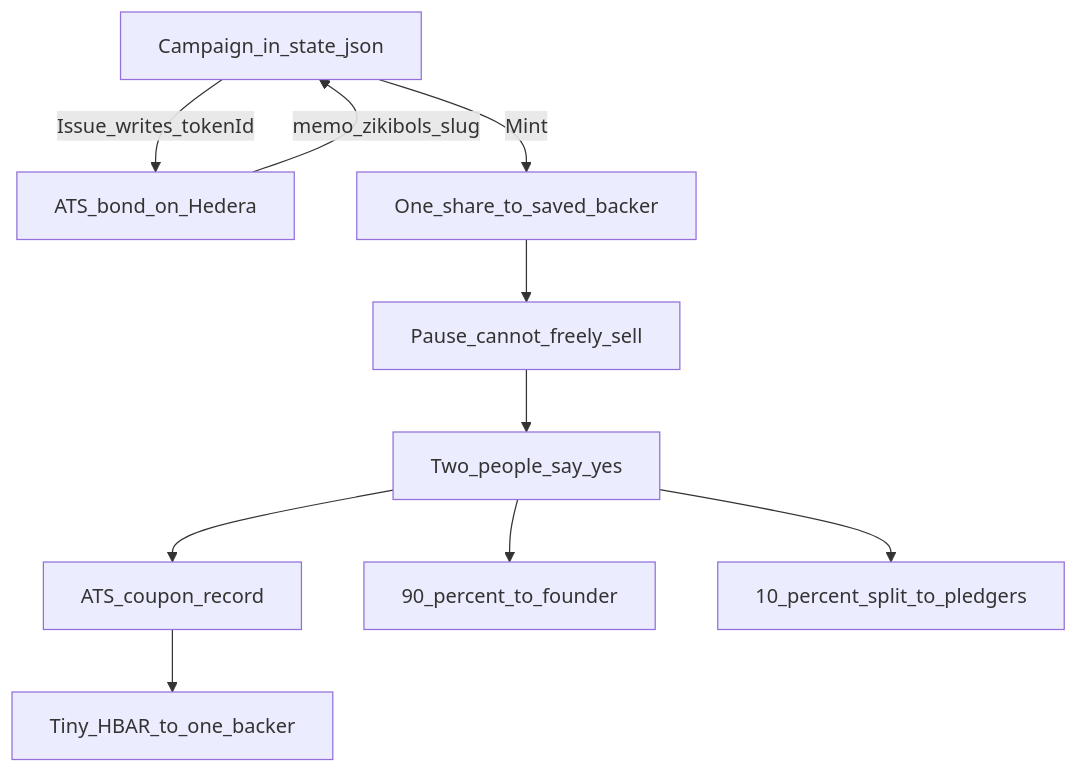
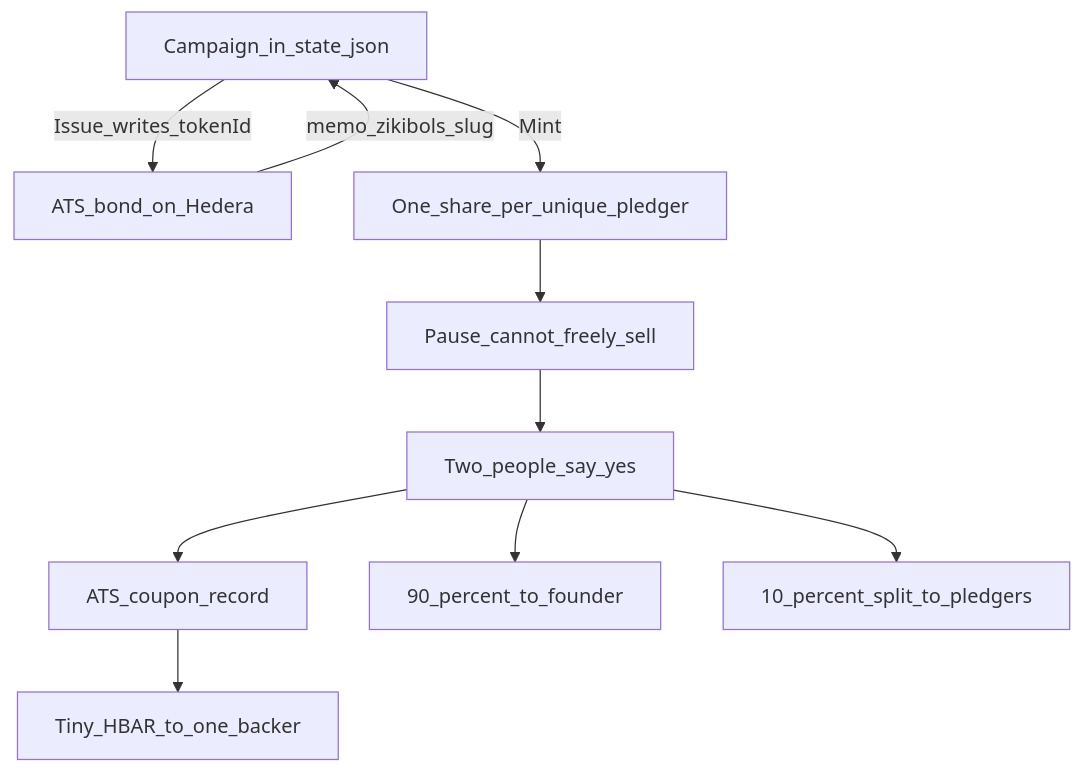
Before and after one commit to yabuking84/zikibols: the fourth of 4 diagrams in docs/readme-flow.md, drawn with Mermaid. The commit also changed other lines of this file and 5 other files, not shown here.

````diff
--- a/docs/readme-flow.md
+++ b/docs/readme-flow.md
@@ -96,12 +96,12 @@
 ```mermaid
 flowchart TD
   listing[Campaign_in_state_json] -->|Issue_writes_tokenId| bond[ATS_bond_on_Hedera]
   bond -->|memo_zikibols_slug| listing
-  listing -->|Mint| share[One_share_to_saved_backer]
+  listing -->|Mint| share[One_share_per_unique_pledger]
   share --> pause[Pause_cannot_freely_sell]
   pause --> twoYes[Two_people_say_yes]
   twoYes --> couponRecord[ATS_coupon_record]
   couponRecord --> crumb[Tiny_HBAR_to_one_backer]
   twoYes --> founderPay[90_percent_to_founder]
   twoYes --> backerPay[10_percent_split_to_pledgers]
 ```
````
